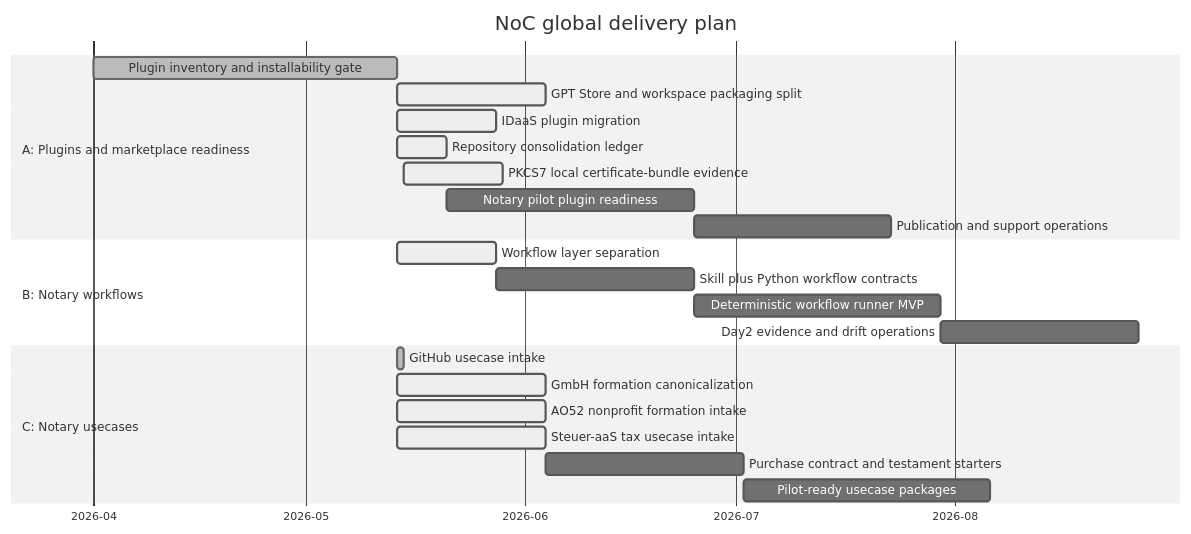
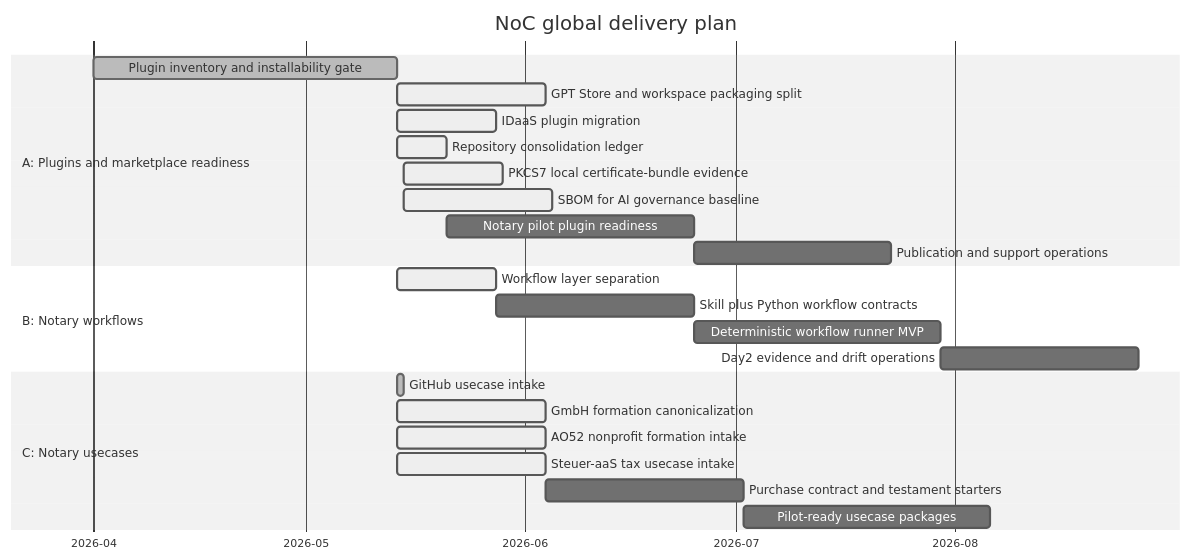
One commit to notariat8/NaC changed the diagram in roadmap/GANTT.md. Above: the diagram before and after it, drawn with Mermaid (neutral theme). The commit also changed other lines of this file and 19 other files, not shown here.

Commit message:
Add repo-wide SBOM for AI baseline

````diff
--- a/roadmap/GANTT.md
+++ b/roadmap/GANTT.md
@@ -12,29 +12,30 @@
 ```mermaid
 gantt
     title NoC global delivery plan
     dateFormat  YYYY-MM-DD
     axisFormat  %Y-%m
 
     section A: Plugins and marketplace readiness
     Plugin inventory and installability gate     :done,    a1, 2026-04-01, 2026-05-14
     GPT Store and workspace packaging split      :active,  a2, 2026-05-14, 21d
     IDaaS plugin migration                       :active,  a3, 2026-05-14, 14d
     Repository consolidation ledger              :active,  a4, 2026-05-14, 7d
     PKCS7 local certificate-bundle evidence      :active,  a4a, 2026-05-15, 14d
+    SBOM for AI governance baseline              :active,  a4b, 2026-05-15, 21d
     Notary pilot plugin readiness                :         a5, after a4, 35d
     Publication and support operations           :         a6, after a5, 28d
 
     section B: Notary workflows
     Workflow layer separation                    :active,  b1, 2026-05-14, 14d
     Skill plus Python workflow contracts         :         b2, after b1, 28d
     Deterministic workflow runner MVP            :         b3, after b2, 35d
     Day2 evidence and drift operations           :         b4, after b3, 28d
 
     section C: Notary usecases
     GitHub usecase intake                        :done,    c1, 2026-05-14, 1d
     GmbH formation canonicalization              :active,  c2, 2026-05-14, 21d
     AO52 nonprofit formation intake              :active,  c3, 2026-05-14, 21d
     Steuer-aaS tax usecase intake                :active,  c4, 2026-05-14, 21d
     Purchase contract and testament starters     :         c5, after c4, 28d
     Pilot-ready usecase packages                 :         c6, after c5, 35d
 ```
````
